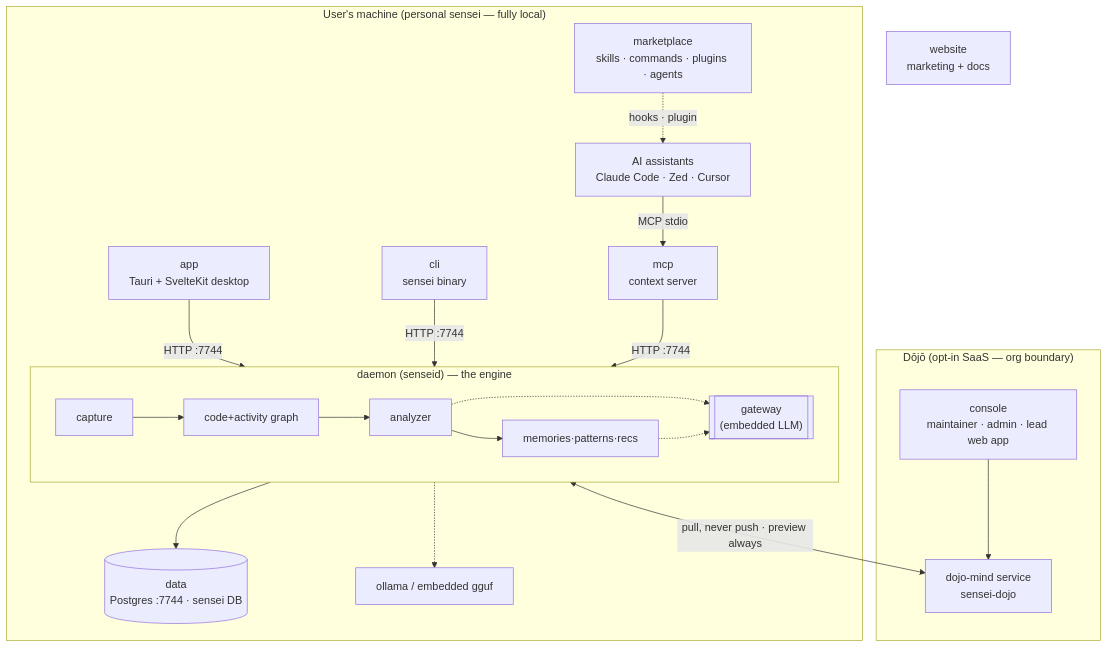
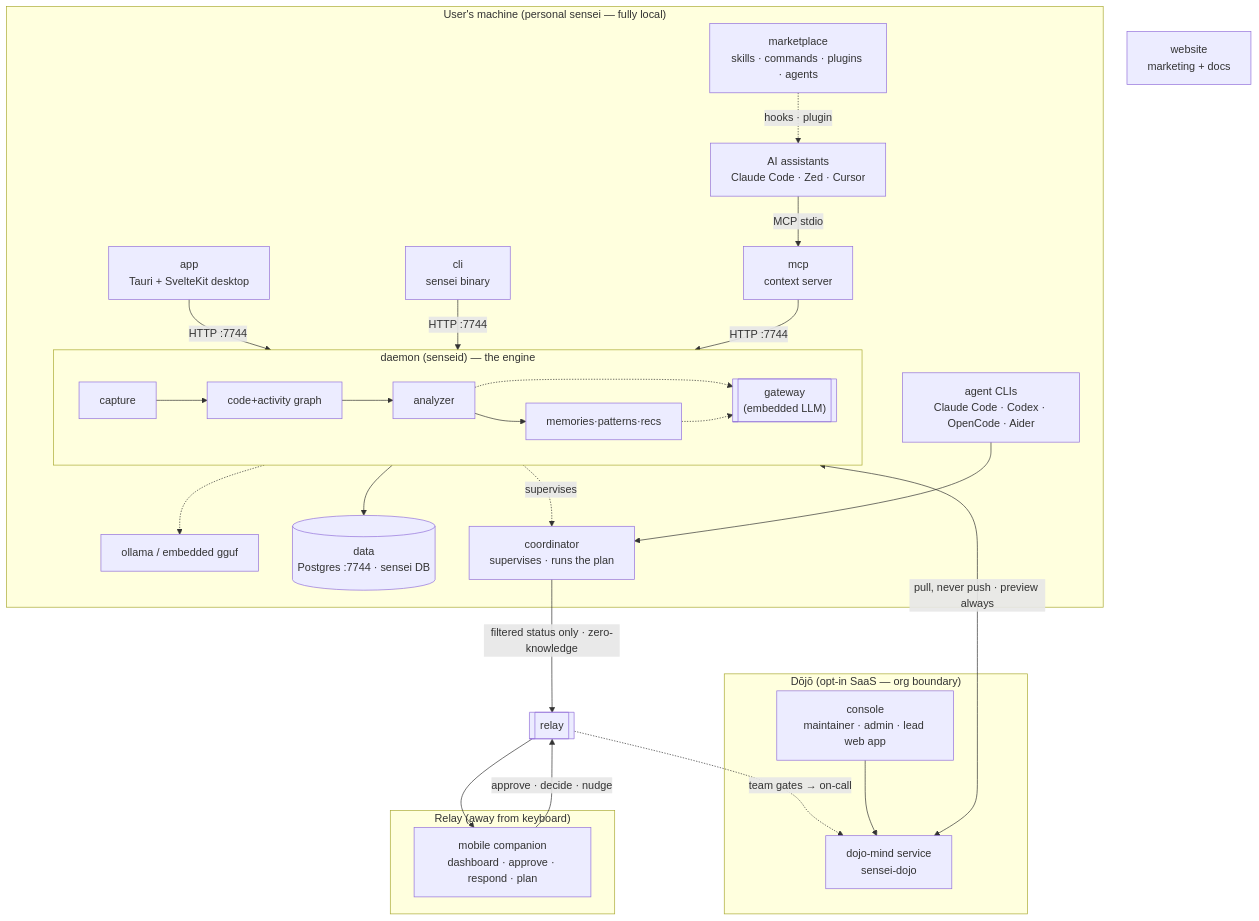
The diagram in docs/architecture/README.md (sensei-hq/sensei), drawn with Mermaid before and after one commit. The commit also changed other lines of this file and 30 other files, not shown here.

First line of the commit message:
docs(relay): add the Sensei Relay vision — mobile control-plane for long runs

````diff
--- a/docs/architecture/README.md
+++ b/docs/architecture/README.md
@@ -16,35 +16,44 @@
 ```mermaid
 flowchart TD
     subgraph client["User's machine (personal sensei — fully local)"]
         APP["app<br/>Tauri + SvelteKit desktop"]
         CLI["cli<br/>sensei binary"]
         ASSIST["AI assistants<br/>Claude Code · Zed · Cursor"]
         MKT["marketplace<br/>skills · commands · plugins · agents"]
 
         ASSIST -->|MCP stdio| MCP["mcp<br/>context server"]
         MKT -.->|hooks · plugin| ASSIST
         APP -->|HTTP :7744| D
         CLI -->|HTTP :7744| D
         MCP -->|HTTP :7744| D
 
         subgraph D["daemon (senseid) — the engine"]
             direction LR
             CAP[capture] --> GRAPH[code+activity graph]
             GRAPH --> ANALYZE[analyzer] --> LEARN[memories·patterns·recs]
             GW[["gateway<br/>(embedded LLM)"]]
             ANALYZE -.-> GW
             LEARN -.-> GW
         end
         D --> DATA[("data<br/>Postgres :7744 · sensei DB")]
         GW -.-> OLLAMA["ollama / embedded gguf"]
+        AGENTS["agent CLIs<br/>Claude Code · Codex · OpenCode · Aider"] --> COORD["coordinator<br/>supervises · runs the plan"]
+        D -.->|supervises| COORD
     end
 
     subgraph saas["Dōjō (opt-in SaaS — org boundary)"]
         CONSOLE["console<br/>maintainer · admin · lead web app"]
         DOJOSVC["dojo-mind service<br/>sensei-dojo"]
         CONSOLE --> DOJOSVC
     end
 
+    subgraph relayplane["Relay (away from keyboard)"]
+        PHONE["mobile companion<br/>dashboard · approve · respond · plan"]
+    end
+
     D <-->|pull, never push · preview always| DOJOSVC
+    COORD -->|filtered status only · zero-knowledge| RELAY[[relay]] --> PHONE
+    PHONE -->|approve · decide · nudge| RELAY
+    RELAY -.->|team gates → on-call| DOJOSVC
     WEB["website<br/>marketing + docs"]
 ```
````
